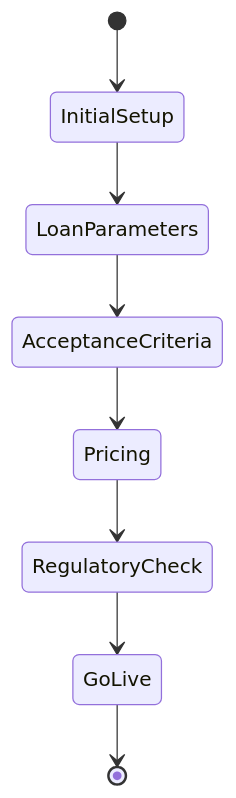
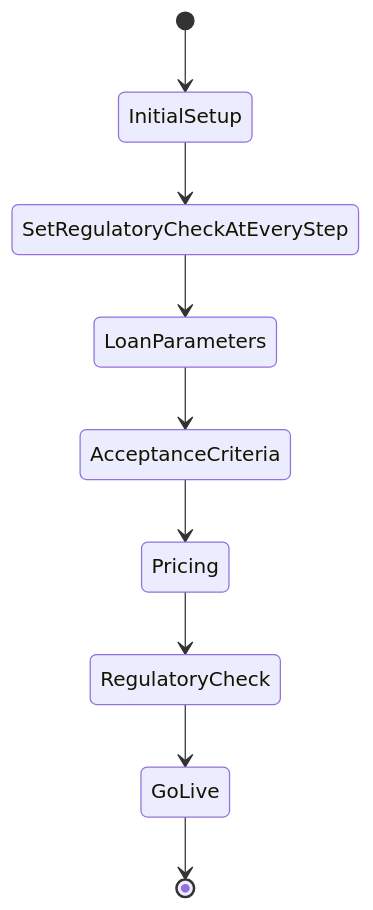
One commit to barttermorshuizen/akkuro-lending-ai-studio changed the diagram in docs/state-machine-plan.md. Above: the diagram before and after it, drawn with Mermaid. The commit also changed other lines of this file and 62 other files, not shown here.

First line of the commit message:
feat: implement regulatory check and add Dockerfile, environment configuration

````diff
--- a/docs/state-machine-plan.md
+++ b/docs/state-machine-plan.md
@@ -5,10 +5,11 @@
 ```mermaid
 stateDiagram-v2
     [*] --> InitialSetup
-    InitialSetup --> LoanParameters
+    InitialSetup --> SetRegulatoryCheckAtEveryStep
+    SetRegulatoryCheckAtEveryStep --> LoanParameters
     LoanParameters --> AcceptanceCriteria
     AcceptanceCriteria --> Pricing
     Pricing --> RegulatoryCheck
     RegulatoryCheck --> GoLive
     GoLive --> [*]
 ```
````
